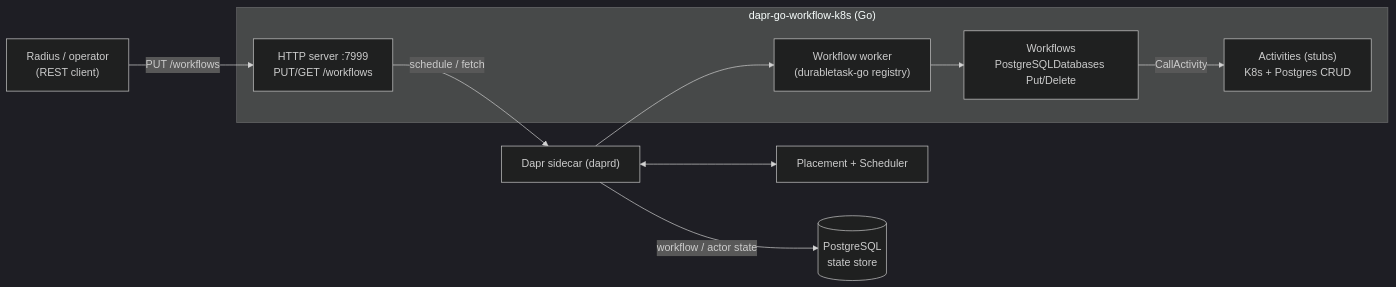
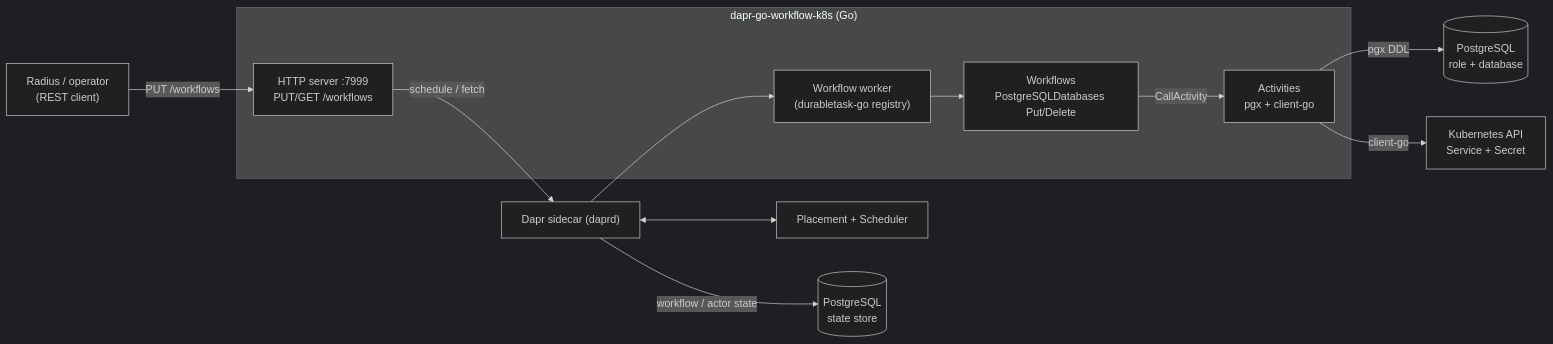
The diagram in README.md (AndriyKalashnykov/dapr-go-workflow-k8s), drawn with Mermaid (dark theme) before and after one commit. The commit also changed other lines of this file and 20 other files, not shown here.

First line of the commit message:
feat: wire real PostgreSQL (pgx) + Kubernetes (client-go) backends (#59)

````diff
--- a/README.md
+++ b/README.md
@@ -62,20 +68,24 @@
 ```mermaid
 flowchart LR
   client["Radius / operator<br/>(REST client)"]
   subgraph app["dapr-go-workflow-k8s (Go)"]
     http["HTTP server :7999<br/>PUT/GET /workflows"]
     worker["Workflow worker<br/>(durabletask-go registry)"]
     wf["Workflows<br/>PostgreSQLDatabases Put/Delete"]
-    act["Activities (stubs)<br/>K8s + Postgres CRUD"]
+    act["Activities<br/>pgx + client-go"]
   end
   daprd["Dapr sidecar (daprd)"]
   ctrl["Placement + Scheduler"]
   pg[("PostgreSQL<br/>state store")]
+  pgadmin[("PostgreSQL<br/>role + database")]
+  k8s["Kubernetes API<br/>Service + Secret"]
   client -->|"PUT /workflows"| http
   http -->|"schedule / fetch"| daprd
   daprd --> worker
   worker --> wf
   wf -->|"CallActivity"| act
+  act -->|"pgx DDL"| pgadmin
+  act -->|"client-go"| k8s
   daprd <--> ctrl
   daprd -->|"workflow / actor state"| pg
 ```
````
